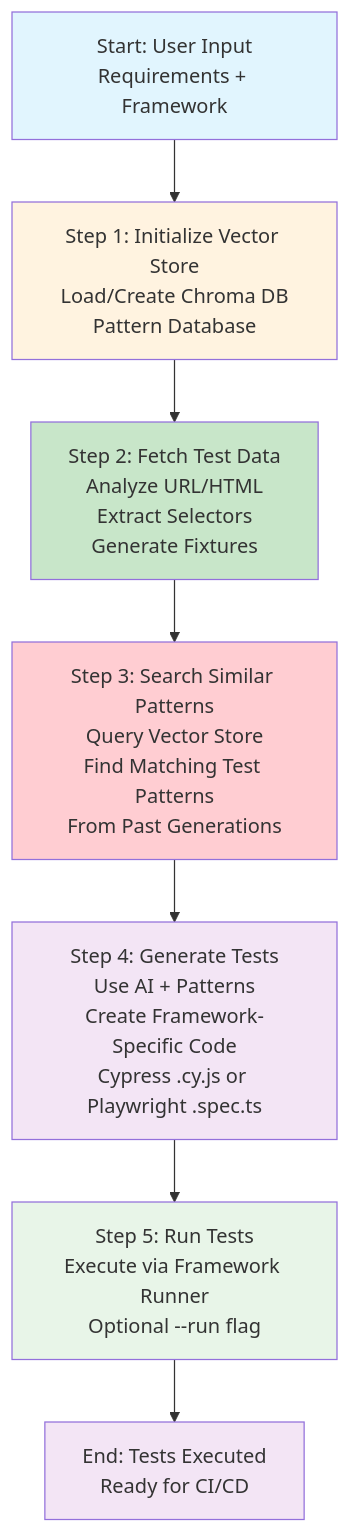
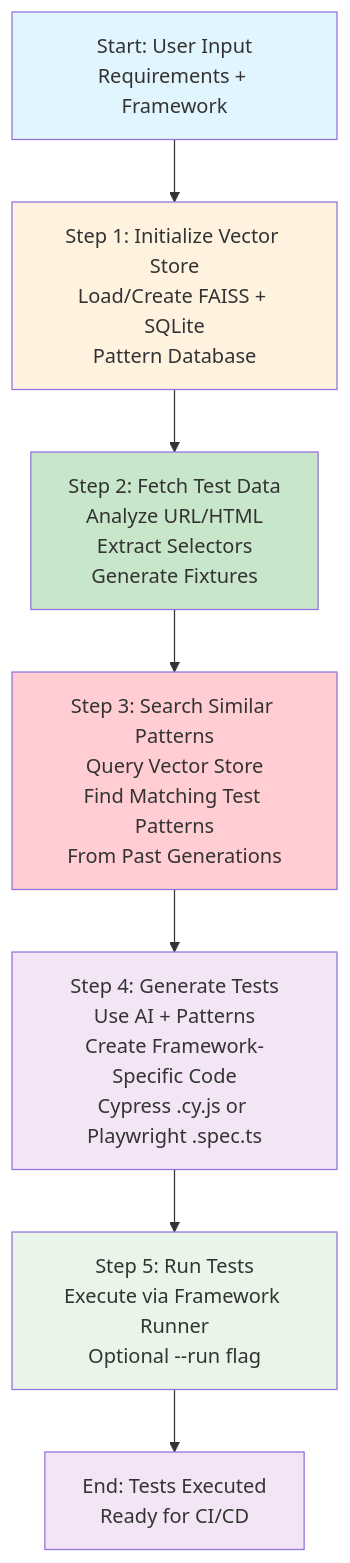
One commit to aiqualitylab/ai-natural-language-tests changed the diagram in .github/images/langgraph-workflow.mmd. Above: the diagram before and after it, drawn with Mermaid. The commit also changed 15 other files, not shown here.

Commit message:
feat: Upgrade to version 4.0.0 with FAISS + SQLite integration and updated test cases for login functionality

```diff
--- a/.github/images/langgraph-workflow.mmd
+++ b/.github/images/langgraph-workflow.mmd
@@ -1,15 +1,15 @@
 flowchart TD
-    A[Start: User Input<br/>Requirements + Framework] --> B[Step 1: Initialize Vector Store<br/>Load/Create Chroma DB<br/>Pattern Database]
+    A[Start: User Input<br/>Requirements + Framework] --> B[Step 1: Initialize Vector Store<br/>Load/Create FAISS + SQLite<br/>Pattern Database]
     B --> C[Step 2: Fetch Test Data<br/>Analyze URL/HTML<br/>Extract Selectors<br/>Generate Fixtures]
     C --> D[Step 3: Search Similar Patterns<br/>Query Vector Store<br/>Find Matching Test Patterns<br/>From Past Generations]
     D --> E[Step 4: Generate Tests<br/>Use AI + Patterns<br/>Create Framework-Specific Code<br/>Cypress .cy.js or Playwright .spec.ts]
     E --> F[Step 5: Run Tests<br/>Execute via Framework Runner<br/>Optional --run flag]
     F --> G[End: Tests Executed<br/>Ready for CI/CD]
 
     style A fill:#e1f5fe
     style B fill:#fff3e0
     style C fill:#c8e6c9
     style D fill:#ffcdd2
     style E fill:#f3e5f5
     style F fill:#e8f5e8
     style G fill:#f3e5f5
```
